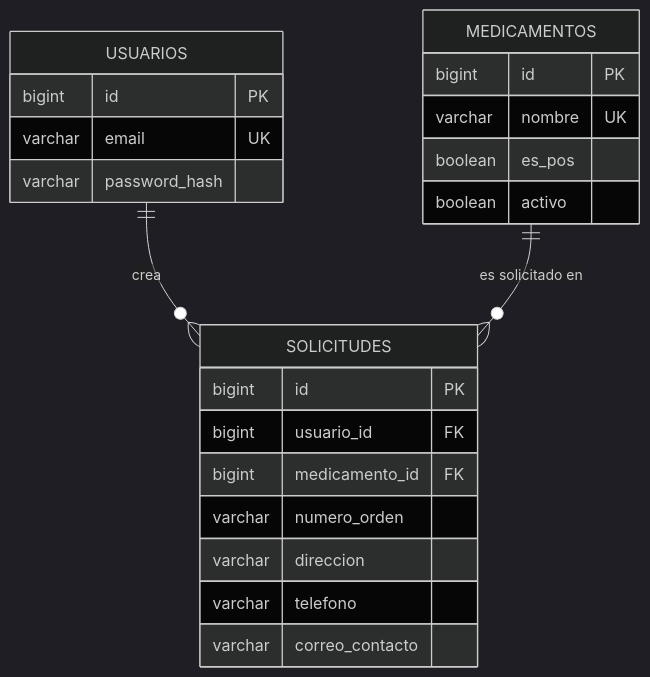
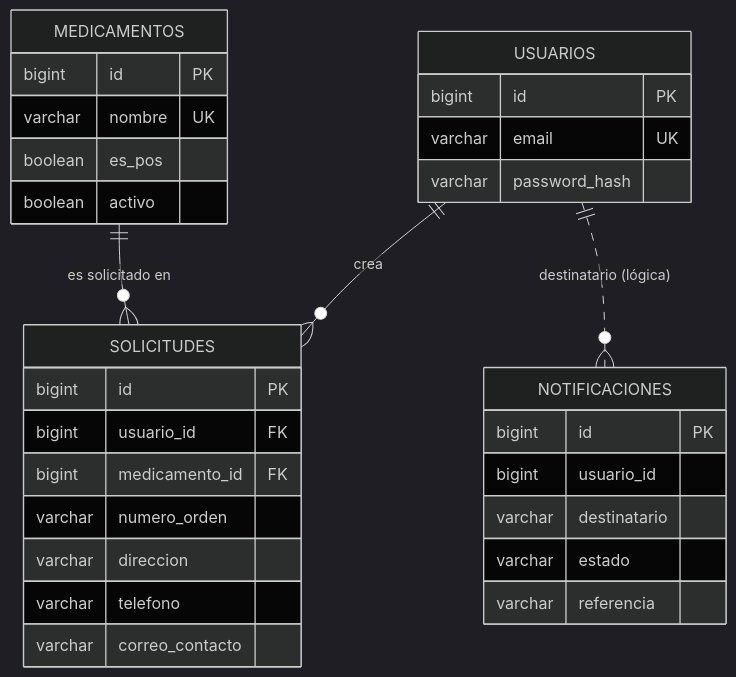
One commit to JuanCFreelancer/solicitudes-medicamentos changed the third of 3 diagrams in README.md. Above: the diagram before and after it, drawn with Mermaid (dark theme). The commit also changed other lines of this file and 2 other files, not shown here.

Commit message:
docs: actualiza modelo E-R, README y Postman con notificaciones y composición

````diff
--- a/README.md
+++ b/README.md
@@ -233,19 +276,25 @@
 ```mermaid
 erDiagram
     USUARIOS ||--o{ SOLICITUDES : crea
+    USUARIOS ||..o{ NOTIFICACIONES : "destinatario (lógica)"
     MEDICAMENTOS ||--o{ SOLICITUDES : "es solicitado en"
     USUARIOS { bigint id PK
                varchar email UK
                varchar password_hash }
     MEDICAMENTOS { bigint id PK
                    varchar nombre UK
                    boolean es_pos
                    boolean activo }
     SOLICITUDES { bigint id PK
                   bigint usuario_id FK
                   bigint medicamento_id FK
                   varchar numero_orden
                   varchar direccion
                   varchar telefono
                   varchar correo_contacto }
+    NOTIFICACIONES { bigint id PK
+                     bigint usuario_id
+                     varchar destinatario
+                     varchar estado
+                     varchar referencia }
 ```
````
